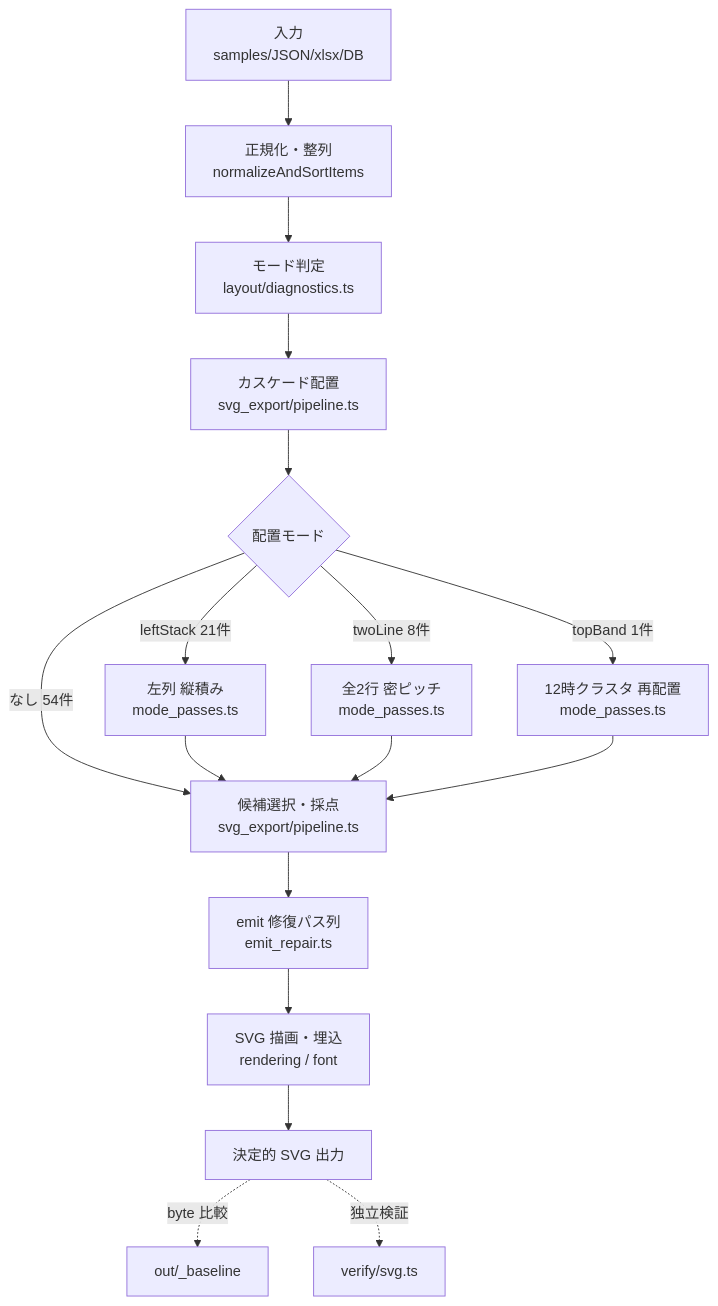
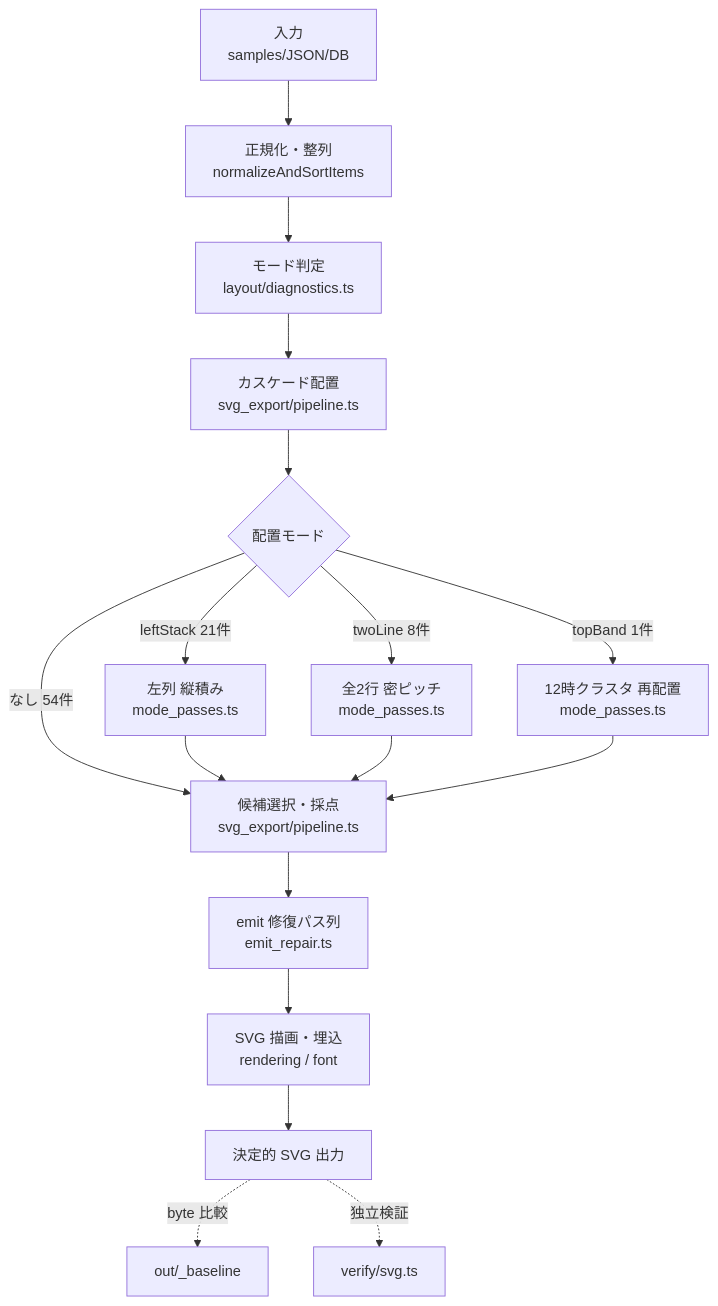
The first of 2 diagrams in docs/pie-chart/src/設計正典.md (koichi-araki-0801/workspace), drawn with Mermaid before and after one commit. The commit also changed other lines of this file and 564 other files, not shown here.

First line of the commit message:
editor: script 不変ゲートの三段・層の整理、pie-chart の xlsx 廃止ほか (#77)

````diff
--- a/docs/pie-chart/src/設計正典.md
+++ b/docs/pie-chart/src/設計正典.md
@@ -22,19 +23,19 @@
 ```mermaid
 flowchart TD
-  IN["入力<br/>samples/JSON/xlsx/DB"] --> NORM["正規化・整列<br/>normalizeAndSortItems"]
+  IN["入力<br/>samples/JSON/DB"] --> NORM["正規化・整列<br/>normalizeAndSortItems"]
   NORM --> DIAG["モード判定<br/>layout/diagnostics.ts"]
   DIAG --> CAS["カスケード配置<br/>svg_export/pipeline.ts"]
   CAS --> MODE{"配置モード"}
   MODE -->|"なし 54件"| SEL
   MODE -->|"leftStack 21件"| LS["左列 縦積み<br/>mode_passes.ts"]
   MODE -->|"twoLine 8件"| TL["全2行 密ピッチ<br/>mode_passes.ts"]
   MODE -->|"topBand 1件"| TB["12時クラスタ 再配置<br/>mode_passes.ts"]
   LS --> SEL["候補選択・採点<br/>svg_export/pipeline.ts"]
   TL --> SEL
   TB --> SEL
   SEL --> EMIT["emit 修復パス列<br/>emit_repair.ts"]
   EMIT --> REN["SVG 描画・埋込<br/>rendering / font"]
   REN --> SVG["決定的 SVG 出力"]
   SVG -.->|"byte 比較"| BASE["out/_baseline"]
   SVG -.->|"独立検証"| VER["verify/svg.ts"]
 ```
````
